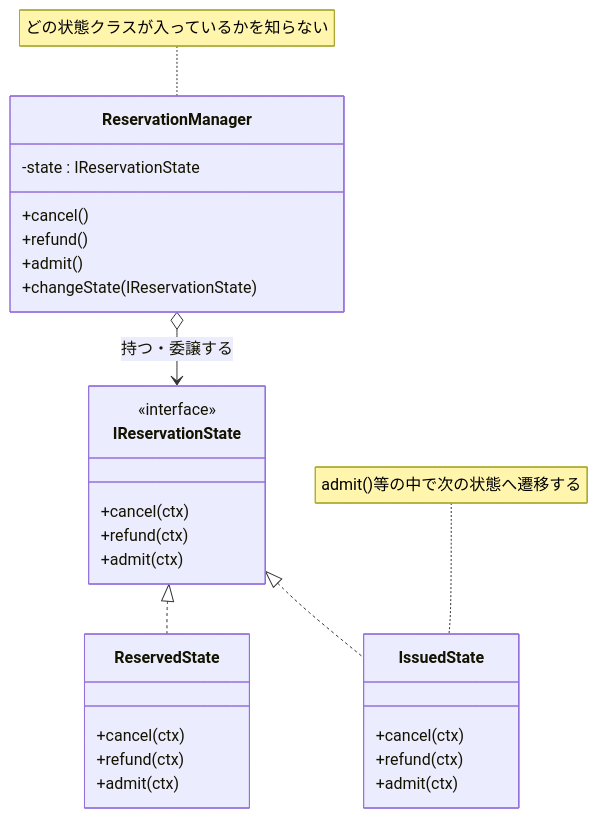
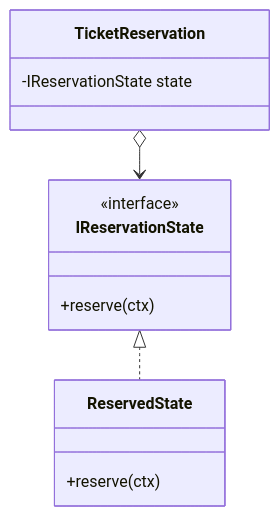
Before and after one commit to kumachan1101-pixel/DesignPattern: the seventh of 7 diagrams in kindle/design-patterns/output/chapter03.md, drawn with Mermaid. The commit also changed other lines of this file and 11 other files, not shown here.

````diff
--- a/kindle/design-patterns/output/chapter03.md
+++ b/kindle/design-patterns/output/chapter03.md
@@ -595,33 +790,16 @@
 ```mermaid
 classDiagram
-    class ReservationManager {
-        -state : IReservationState
-        +cancel()
-        +refund()
-        +admit()
-        +changeState(IReservationState)
+    class TicketReservation {
+        -IReservationState state
     }
     class IReservationState {
         <<interface>>
-        +cancel(ctx)
-        +refund(ctx)
-        +admit(ctx)
+        +reserve(ctx)
     }
     class ReservedState {
-        +cancel(ctx)
-        +refund(ctx)
-        +admit(ctx)
+        +reserve(ctx)
     }
-    class IssuedState {
-        +cancel(ctx)
-        +refund(ctx)
-        +admit(ctx)
-    }
+    TicketReservation o--> IReservationState
+    IReservationState <|.. ReservedState
 
-    ReservationManager o--> IReservationState : 持つ・委譲する
-    IReservationState <|.. ReservedState
-    IReservationState <|.. IssuedState
-
-    note for ReservationManager "どの状態クラスが入っているかを知らない"
-    note for IssuedState "admit()等の中で次の状態へ遷移する"
 ```
````
